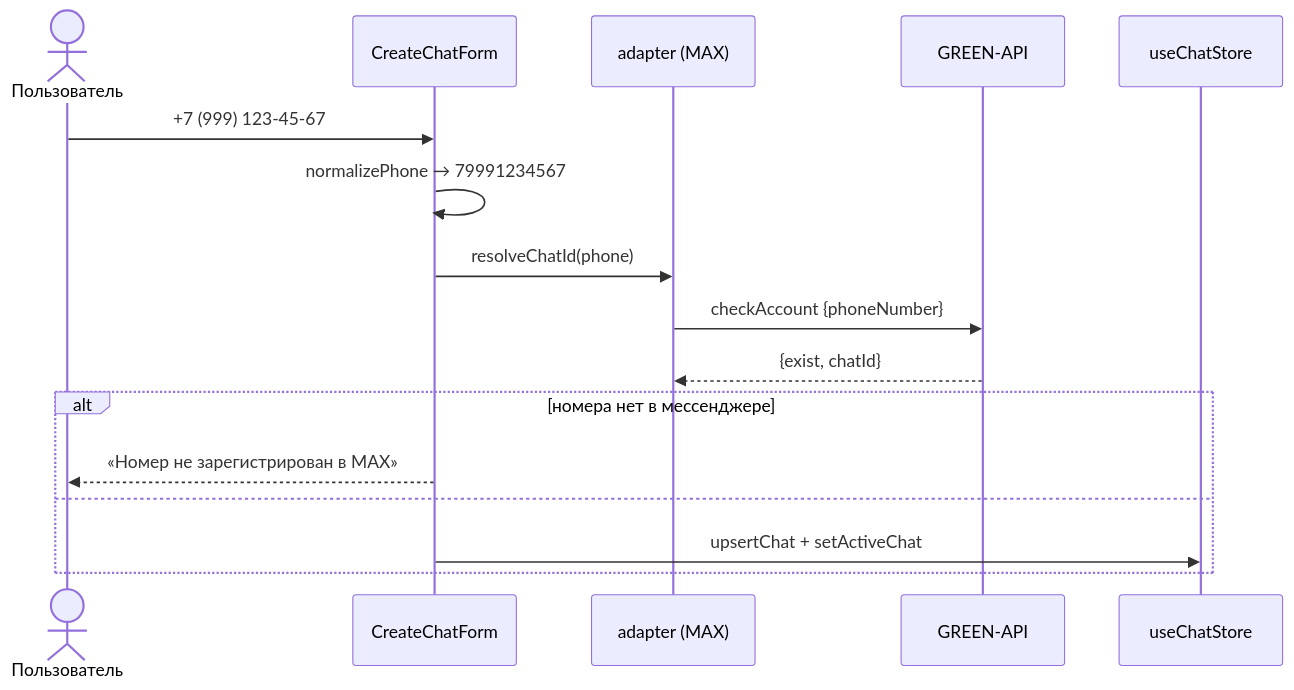
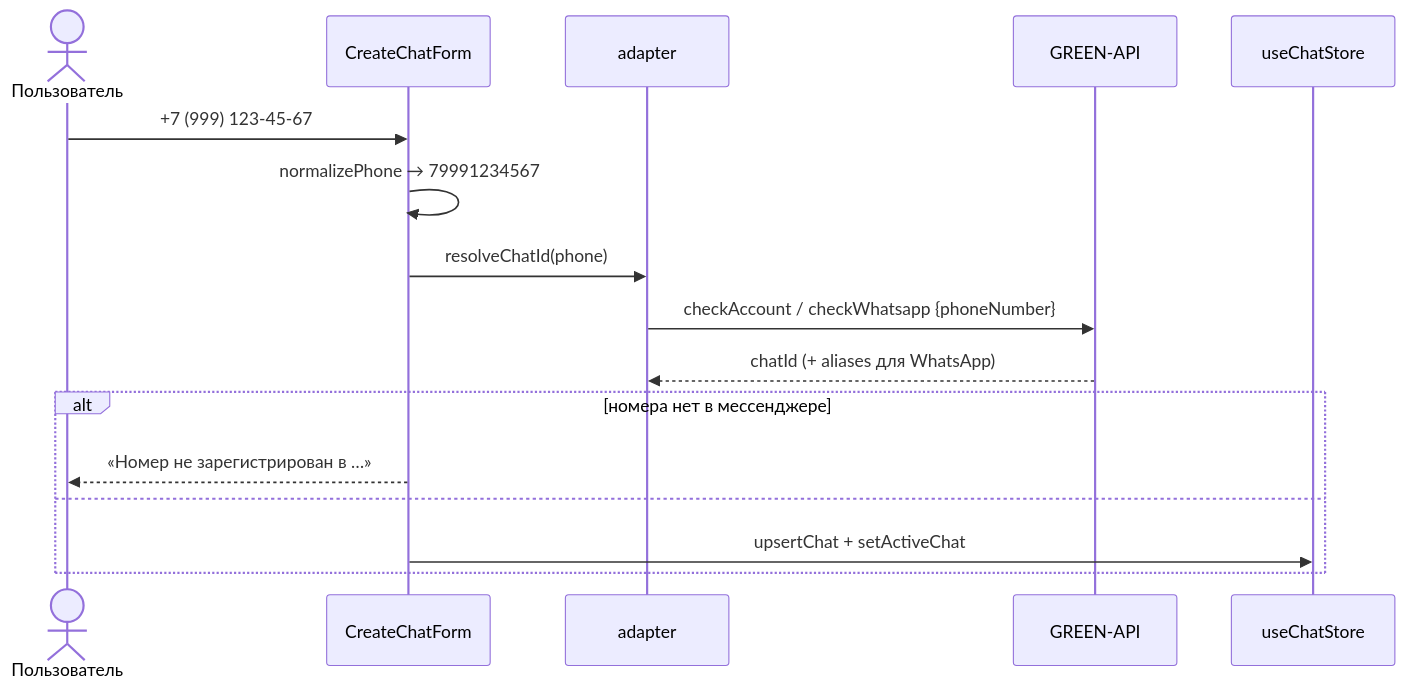
One commit to Anrb13/message-sender changed the fourth of 6 diagrams in docs/architecture.md. Above: the diagram before and after it, drawn with Mermaid. The commit also changed other lines of this file and 8 other files, not shown here.

````diff
--- a/docs/architecture.md
+++ b/docs/architecture.md
@@ -122,18 +115,18 @@
 ```mermaid
 sequenceDiagram
   actor U as Пользователь
   participant F as CreateChatForm
-  participant A as adapter (MAX)
+  participant A as adapter
   participant G as GREEN-API
   participant C as useChatStore
   U->>F: +7 (999) 123-45-67
   F->>F: normalizePhone → 79991234567
   F->>A: resolveChatId(phone)
-  A->>G: checkAccount {phoneNumber}
-  G-->>A: {exist, chatId}
+  A->>G: checkAccount / checkWhatsapp {phoneNumber}
+  G-->>A: chatId (+ aliases для WhatsApp)
   alt номера нет в мессенджере
-    F-->>U: «Номер не зарегистрирован в MAX»
+    F-->>U: «Номер не зарегистрирован в …»
   else
     F->>C: upsertChat + setActiveChat
   end
 ```
````
